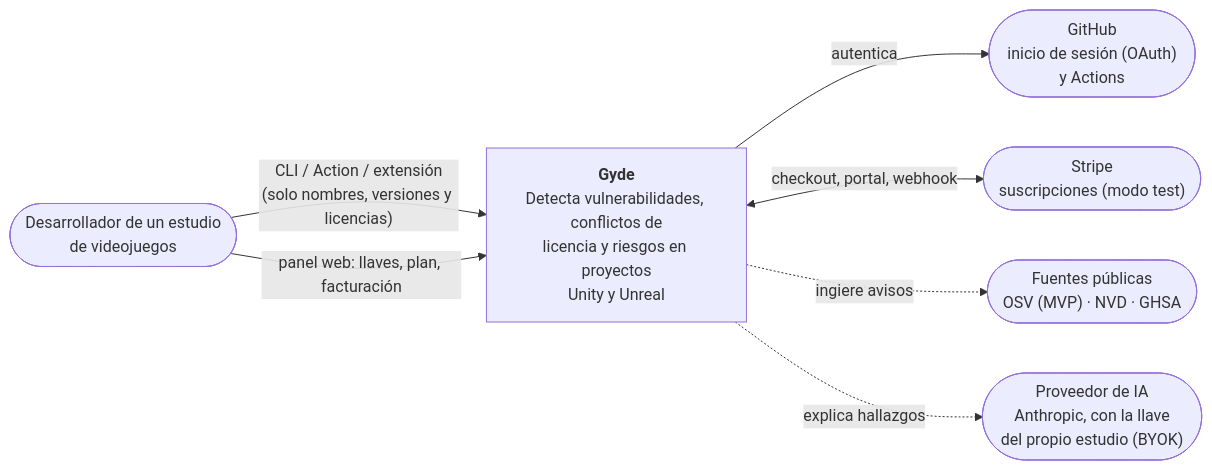
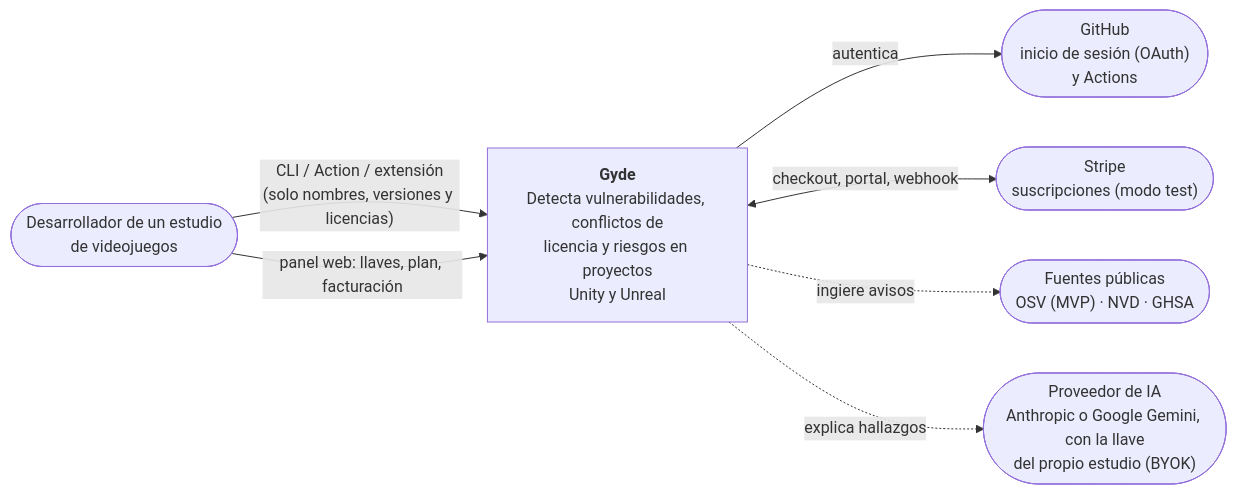
One commit to Bokter/Gyde changed the first of 7 diagrams in docs/architecture/05-modelo-c4.md. Above: the diagram before and after it, drawn with Mermaid. The commit also changed other lines of this file and 5 other files, not shown here.

````diff
--- a/docs/architecture/05-modelo-c4.md
+++ b/docs/architecture/05-modelo-c4.md
@@ -14,16 +14,16 @@
 ```mermaid
 flowchart LR
     dev(["Desarrollador de un estudio<br/>de videojuegos"])
     gyde["<b>Gyde</b><br/>Detecta vulnerabilidades, conflictos de<br/>licencia y riesgos en proyectos<br/>Unity y Unreal"]
     github(["GitHub<br/>inicio de sesión (OAuth)<br/>y Actions"])
     stripe(["Stripe<br/>suscripciones (modo test)"])
     fuentes(["Fuentes públicas<br/>OSV (MVP) · NVD · GHSA"])
-    ia(["Proveedor de IA<br/>Anthropic, con la llave<br/>del propio estudio (BYOK)"])
+    ia(["Proveedor de IA<br/>Anthropic o Google Gemini, con la llave<br/>del propio estudio (BYOK)"])
 
     dev -->|"CLI / Action / extensión<br/>(solo nombres, versiones y licencias)"| gyde
     dev -->|"panel web: llaves, plan, facturación"| gyde
     gyde -->|"autentica"| github
     gyde <-->|"checkout, portal, webhook"| stripe
     gyde -.->|"ingiere avisos"| fuentes
     gyde -.->|"explica hallazgos"| ia
 ```
````
